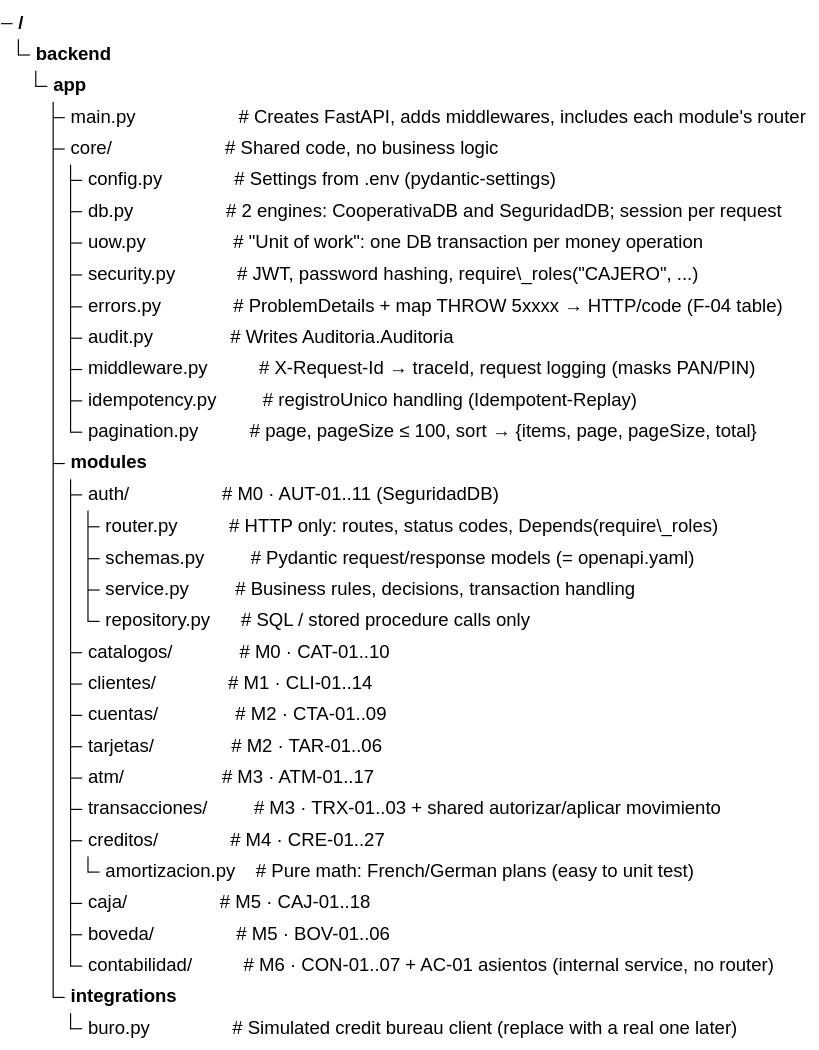
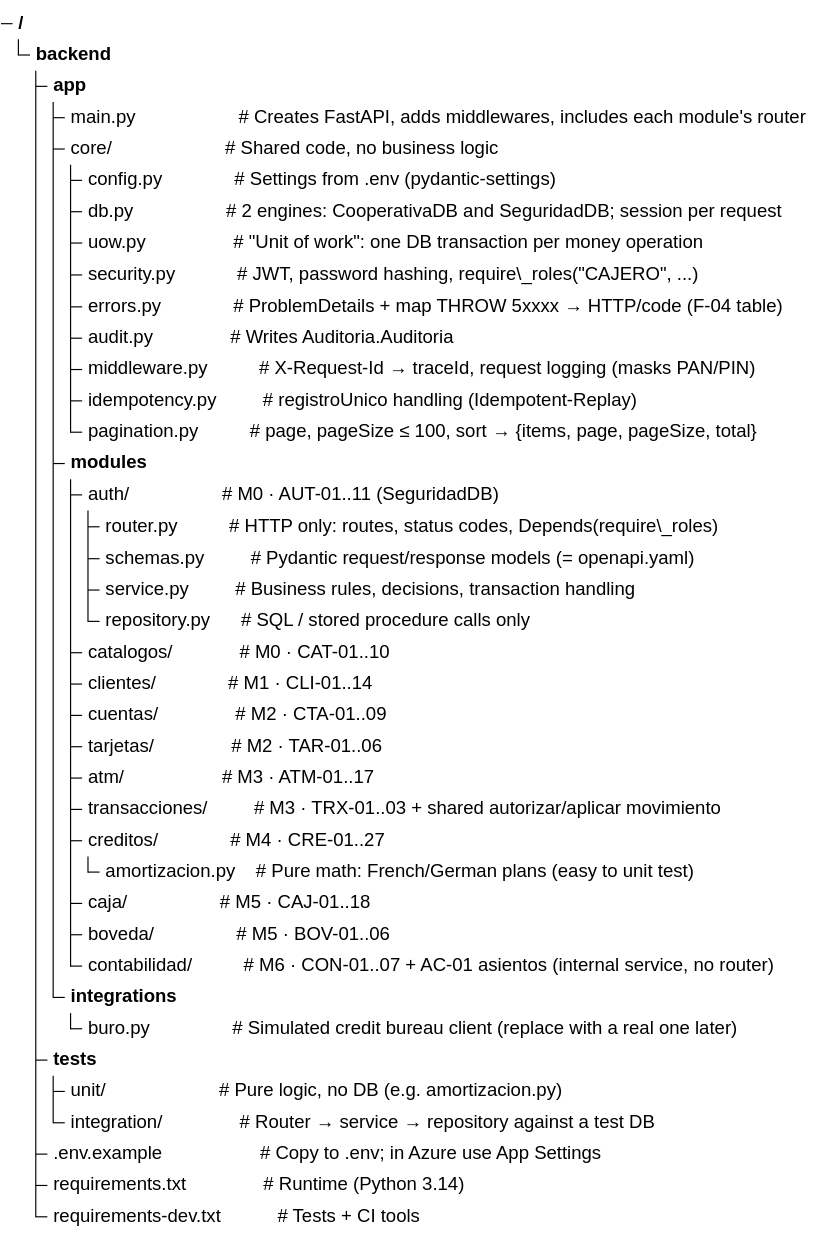
The diagram in Backend/TreeFolderStructure.md (hugo-chicaiza/Banking-Platform), drawn with Mermaid before and after one commit. The commit also changed other lines of this file and 18 other files, not shown here.

Commit message:
chore: backend base setup (F-02) — config, smoke test, CI/CD Python 3.14 (#224)

````diff
--- a/Backend/TreeFolderStructure.md
+++ b/Backend/TreeFolderStructure.md
@@ -1,38 +1,45 @@
 ```mermaid
 treeView-beta
 backend/
 ├── app/
 │   ├── main.py                    # Creates FastAPI, adds middlewares, includes each module's router
 │   ├── core/                      # Shared code, no business logic
 │   │   ├── config.py              # Settings from .env (pydantic-settings)
 │   │   ├── db.py                  # 2 engines: CooperativaDB and SeguridadDB; session per request
 │   │   ├── uow.py                 # "Unit of work": one DB transaction per money operation
 │   │   ├── security.py            # JWT, password hashing, require\_roles("CAJERO", ...)
 │   │   ├── errors.py              # ProblemDetails + map THROW 5xxxx → HTTP/code (F-04 table)
 │   │   ├── audit.py               # Writes Auditoria.Auditoria
 │   │   ├── middleware.py          # X-Request-Id → traceId, request logging (masks PAN/PIN)
 │   │   ├── idempotency.py         # registroUnico handling (Idempotent-Replay)
 │   │   └── pagination.py          # page, pageSize ≤ 100, sort → {items, page, pageSize, total}
 │   │
 │   ├── modules/
 │   │   ├── auth/                  # M0 · AUT-01..11 (SeguridadDB)
 │   │   │   ├── router.py          # HTTP only: routes, status codes, Depends(require\_roles)
 │   │   │   ├── schemas.py         # Pydantic request/response models (= openapi.yaml)
 │   │   │   ├── service.py         # Business rules, decisions, transaction handling
 │   │   │   └── repository.py      # SQL / stored procedure calls only
 │   │   ├── catalogos/             # M0 · CAT-01..10
 │   │   ├── clientes/              # M1 · CLI-01..14
 │   │   ├── cuentas/               # M2 · CTA-01..09
 │   │   ├── tarjetas/               # M2 · TAR-01..06
 │   │   ├── atm/                   # M3 · ATM-01..17
 │   │   ├── transacciones/         # M3 · TRX-01..03 + shared autorizar/aplicar movimiento
 │   │   ├── creditos/              # M4 · CRE-01..27
 │   │   │   └── amortizacion.py    # Pure math: French/German plans (easy to unit test)
 │   │   ├── caja/                  # M5 · CAJ-01..18
 │   │   ├── boveda/                # M5 · BOV-01..06
 │   │   └── contabilidad/          # M6 · CON-01..07 + AC-01 asientos (internal service, no router)
 │   │
 │   └── integrations/
 │       └── buro.py                # Simulated credit bureau client (replace with a real one later)
 │
+├── tests/
+│   ├── unit/                      # Pure logic, no DB (e.g. amortizacion.py)
+│   └── integration/               # Router → service → repository against a test DB
+│
+├── .env.example                   # Copy to .env; in Azure use App Settings
+├── requirements.txt               # Runtime (Python 3.14)
+└── requirements-dev.txt           # Tests + CI tools
 ```
````
